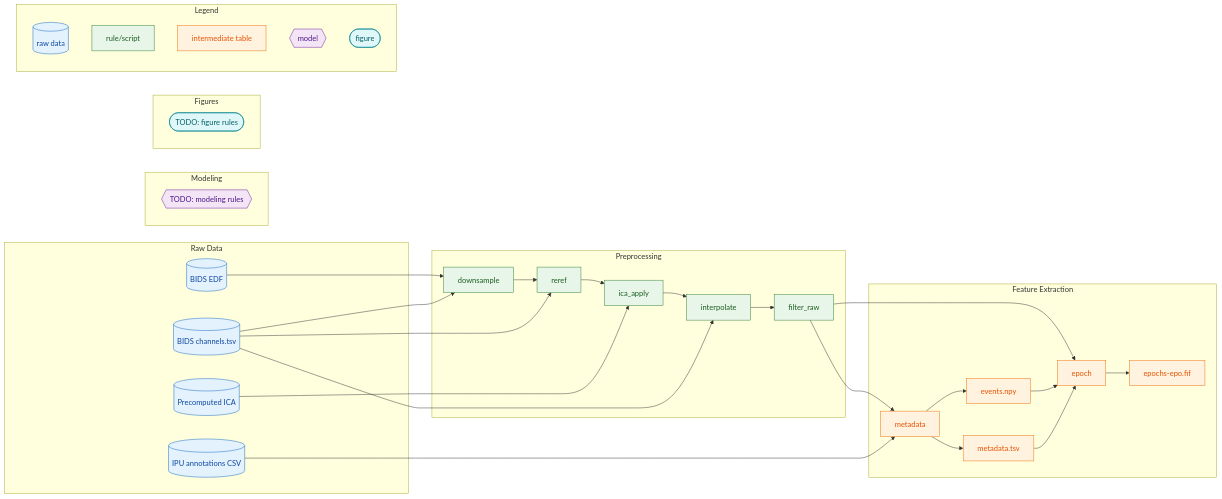
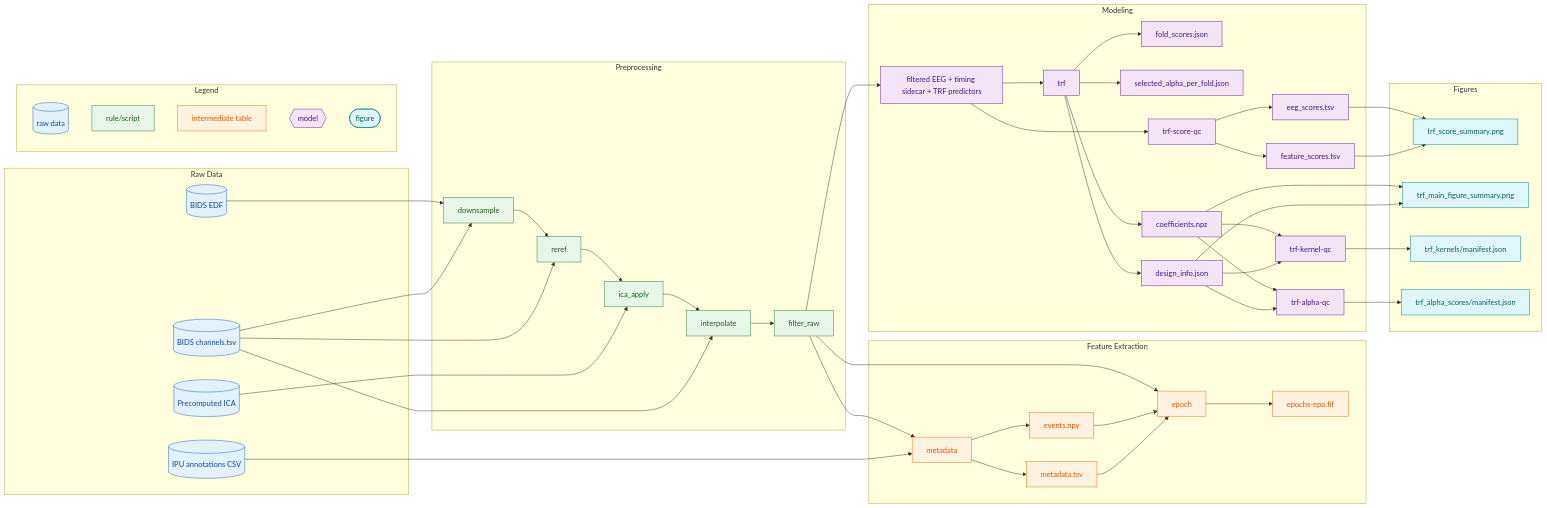
One commit to CogSci-hiro/hyperscanning changed the diagram in docs/workflow.rst. Above: the diagram before and after it, drawn with Mermaid. The commit also changed other lines of this file and 5 other files, not shown here.

```diff
--- a/docs/workflow.rst
+++ b/docs/workflow.rst
@@ -52,12 +52,25 @@
 
      %% Modeling
      subgraph MOD[Modeling]
-       model_todo{{"TODO: modeling rules"}}:::model
+       trf_inputs["filtered EEG + timing sidecar + TRF predictors"]:::model
+       trf_rule["trf"]:::model
+       trf_scores["fold_scores.json"]:::model
+       trf_alpha["selected_alpha_per_fold.json"]:::model
+       trf_coef["coefficients.npz"]:::model
+       trf_design["design_info.json"]:::model
+       trf_qc_scores["trf-score-qc"]:::model
+       trf_eeg_qc["eeg_scores.tsv"]:::model
+       trf_feature_qc["feature_scores.tsv"]:::model
+       trf_kernel_qc["trf-kernel-qc"]:::model
+       trf_alpha_qc["trf-alpha-qc"]:::model
      end
 
      %% Figures
      subgraph FIG[Figures]
-       fig_todo(["TODO: figure rules"]):::figures
+       trf_score_fig["trf_score_summary.png"]:::figures
+       trf_main_fig["trf_main_figure_summary.png"]:::figures
+       trf_kernel_manifest["trf_kernels/manifest.json"]:::figures
+       trf_alpha_manifest["trf_alpha_scores/manifest.json"]:::figures
      end
 
      %% Dependencies
@@ -78,6 +91,25 @@
      events_npy --> epoch_rule
      meta_tsv --> epoch_rule
      epoch_rule --> epochs_out
+     filter_raw --> trf_inputs
+     trf_inputs --> trf_rule
+     trf_rule --> trf_scores
+     trf_rule --> trf_alpha
+     trf_rule --> trf_coef
+     trf_rule --> trf_design
+     trf_inputs --> trf_qc_scores
+     trf_coef --> trf_kernel_qc
+     trf_design --> trf_kernel_qc
+     trf_coef --> trf_alpha_qc
+     trf_design --> trf_alpha_qc
+     trf_kernel_qc --> trf_kernel_manifest
+     trf_alpha_qc --> trf_alpha_manifest
+     trf_qc_scores --> trf_eeg_qc
+     trf_qc_scores --> trf_feature_qc
+     trf_eeg_qc --> trf_score_fig
+     trf_feature_qc --> trf_score_fig
+     trf_coef --> trf_main_fig
+     trf_design --> trf_main_fig
 
      %% Legend
      subgraph LEG[Legend]
```
